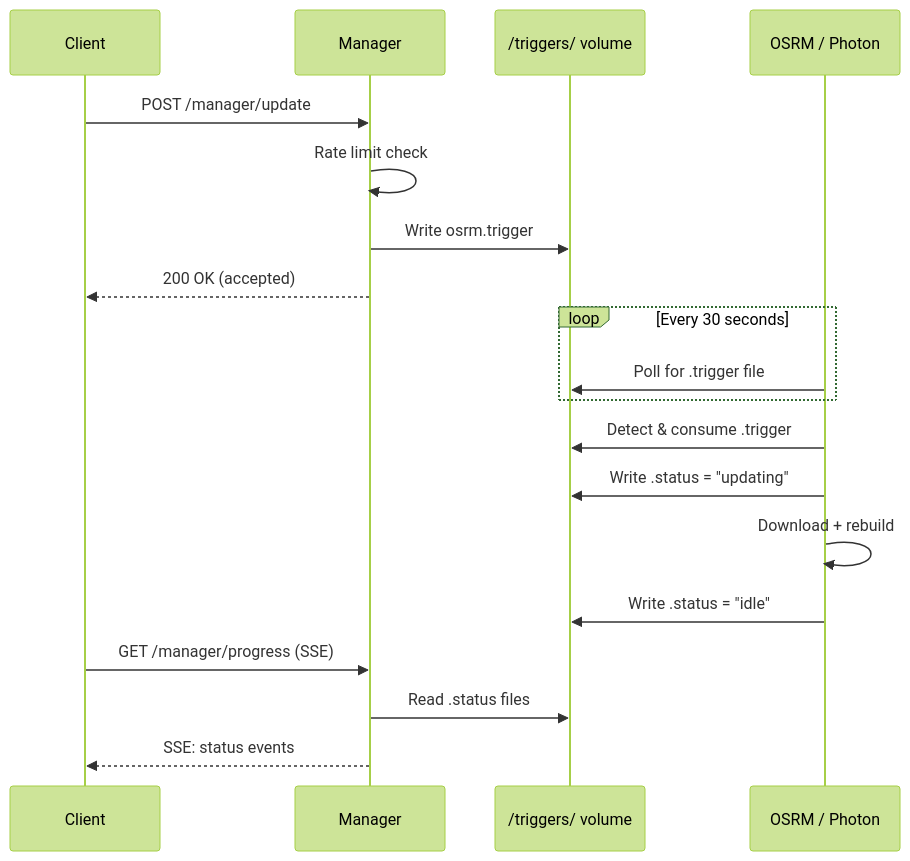
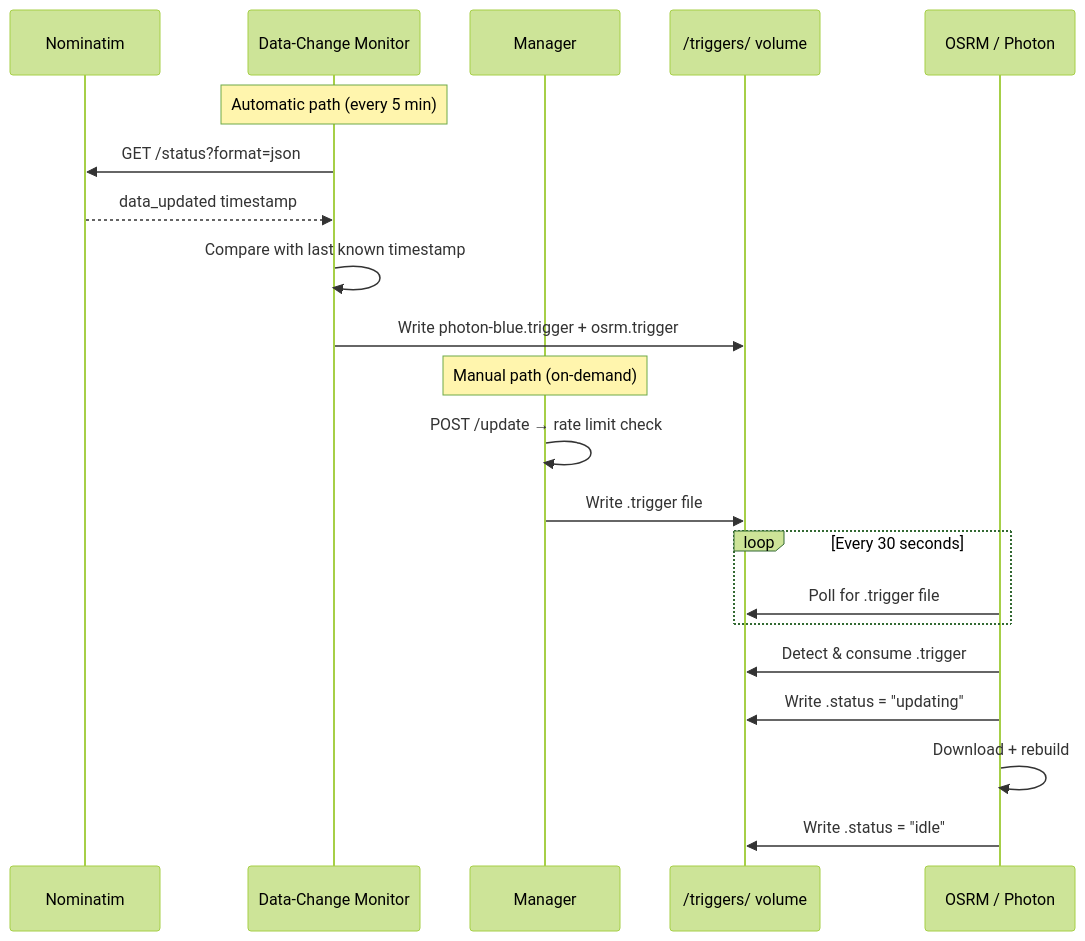
One commit to lorsabyan/Offline-Armenia-Map-Stack changed the seventh of 14 diagrams in README.md. Above: the diagram before and after it, drawn with Mermaid (forest theme). The commit also changed other lines of this file and 3 other files, not shown here.

First line of the commit message:
Add autonomous data-change monitor for fully hands-free updates

````diff
--- a/README.md
+++ b/README.md
@@ -461,25 +542,27 @@
 ```mermaid
 sequenceDiagram
-    participant Client
+    participant Nominatim
+    participant Monitor as Data-Change Monitor
     participant Manager
     participant Triggers as /triggers/ volume
     participant Service as OSRM / Photon
 
-    Client->>Manager: POST /manager/update
-    Manager->>Manager: Rate limit check
-    Manager->>Triggers: Write osrm.trigger
-    Manager-->>Client: 200 OK (accepted)
+    Note over Monitor: Automatic path (every 5 min)
+    Monitor->>Nominatim: GET /status?format=json
+    Nominatim-->>Monitor: data_updated timestamp
+    Monitor->>Monitor: Compare with last known timestamp
+    Monitor->>Triggers: Write photon-blue.trigger + osrm.trigger
+
+    Note over Manager: Manual path (on-demand)
+    Manager->>Manager: POST /update → rate limit check
+    Manager->>Triggers: Write .trigger file
 
     loop Every 30 seconds
         Service->>Triggers: Poll for .trigger file
     end
 
     Service->>Triggers: Detect & consume .trigger
     Service->>Triggers: Write .status = "updating"
     Service->>Service: Download + rebuild
     Service->>Triggers: Write .status = "idle"
-
-    Client->>Manager: GET /manager/progress (SSE)
-    Manager->>Triggers: Read .status files
-    Manager-->>Client: SSE: status events
 ```
````
